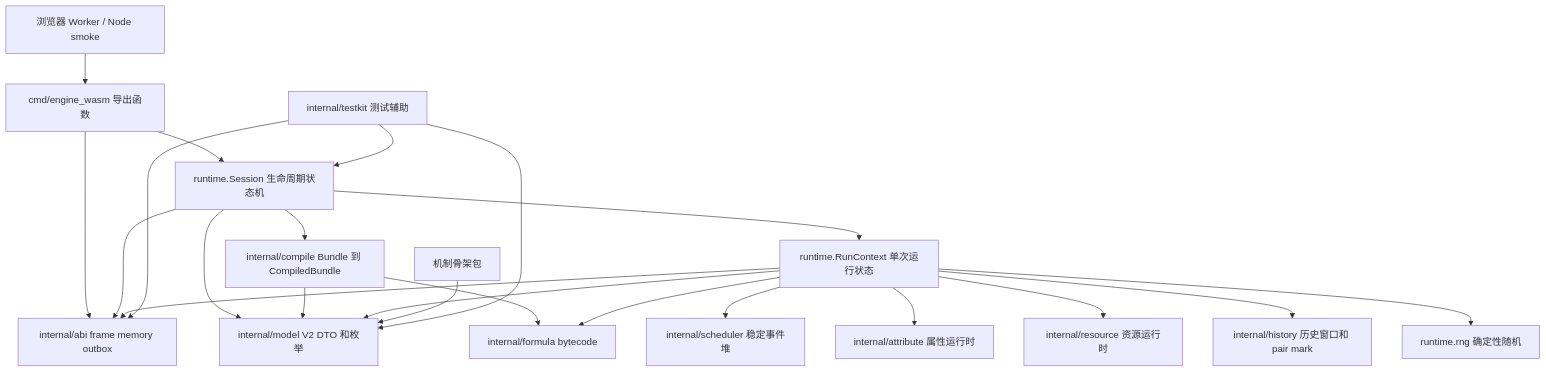
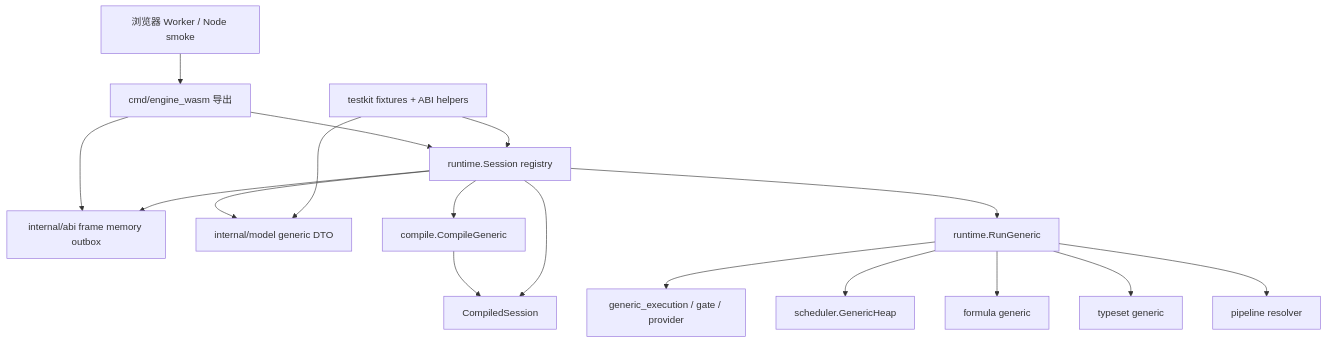
One commit to JeanbartBiubiu/damage_viewer_project_planning changed the first of 4 diagrams in wasm/tinygo_engine_v2/ARCHITECTURE.md. Above: the diagram before and after it, drawn with Mermaid. The commit also changed other lines of this file and 64 other files, not shown here.

Commit message:
chore(planning): align canonical governance and generic ABI

````diff
--- a/wasm/tinygo_engine_v2/ARCHITECTURE.md
+++ b/wasm/tinygo_engine_v2/ARCHITECTURE.md
@@ -7,40 +7,34 @@
 ```mermaid
 graph TD
     Host["浏览器 Worker / Node smoke"]
-    Exports["cmd/engine_wasm 导出函数"]
+    Exports["cmd/engine_wasm 导出"]
     ABI["internal/abi frame memory outbox"]
-    Session["runtime.Session 生命周期状态机"]
-    Model["internal/model V2 DTO 和枚举"]
-    Compile["internal/compile Bundle 到 CompiledBundle"]
-    Formula["internal/formula bytecode"]
-    Run["runtime.RunContext 单次运行状态"]
-    Scheduler["internal/scheduler 稳定事件堆"]
-    Attribute["internal/attribute 属性运行时"]
-    Resource["internal/resource 资源运行时"]
-    History["internal/history 历史窗口和 pair mark"]
-    RNG["runtime.rng 确定性随机"]
-    Skeleton["机制骨架包"]
-    Testkit["internal/testkit 测试辅助"]
+    Session["runtime.Session registry"]
+    Model["internal/model generic DTO"]
+    Compile["compile.CompileGeneric"]
+    Compiled["CompiledSession"]
+    Run["runtime.RunGeneric"]
+    Exec["generic_execution / gate / provider"]
+    Scheduler["scheduler.GenericHeap"]
+    Formula["formula generic"]
+    Typeset["typeset generic"]
+    Pipeline["pipeline resolver"]
+    Testkit["testkit fixtures + ABI helpers"]
 
     Host --> Exports
     Exports --> ABI
     Exports --> Session
     Session --> ABI
     Session --> Model
     Session --> Compile
+    Compile --> Compiled
+    Session --> Compiled
     Session --> Run
-    Compile --> Model
-    Compile --> Formula
-    Run --> Model
-    Run --> ABI
+    Run --> Exec
     Run --> Scheduler
-    Run --> Attribute
-    Run --> Resource
     Run --> Formula
-    Run --> History
-    Run --> RNG
-    Skeleton --> Model
+    Run --> Typeset
+    Run --> Pipeline
     Testkit --> Session
-    Testkit --> ABI
     Testkit --> Model
 ```
````
